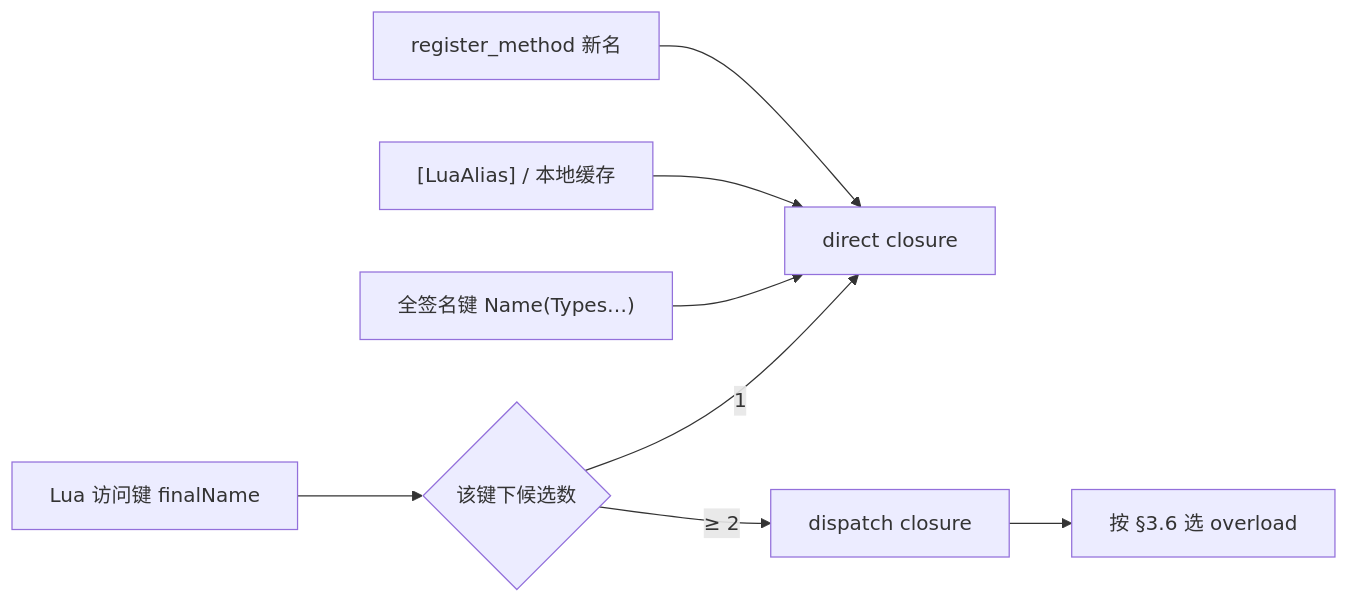
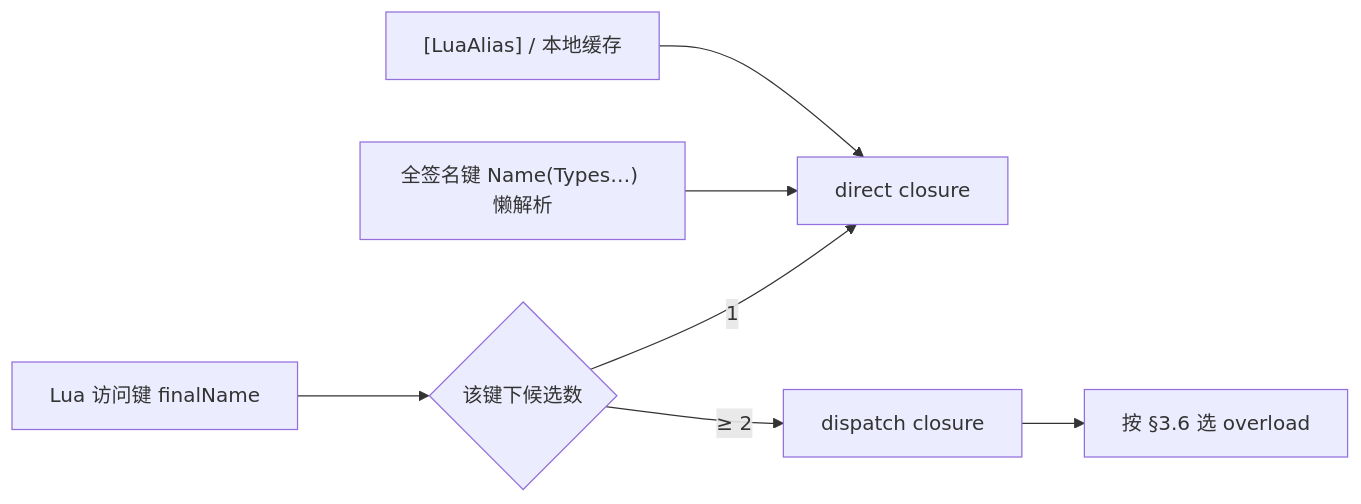
One commit to focus-creative-games/zlua-doc changed the diagram in docs/spec/04-METHOD-OVERLOAD.md. Above: the diagram before and after it, drawn with Mermaid. The commit also changed other lines of this file and 59 other files, not shown here.

Commit message:
doc: remove zlua.make_generic_method/register_method, add LuaMarshalType.ActualTypeUserData

````diff
--- a/docs/spec/04-METHOD-OVERLOAD.md
+++ b/docs/spec/04-METHOD-OVERLOAD.md
@@ -28,10 +28,9 @@
 ```mermaid
 flowchart LR
     A["Lua 访问键 finalName"] --> B{该键下候选数}
     B -->|1| C["direct closure"]
     B -->|≥ 2| E["dispatch closure"]
     E --> F["按 §3.6 选 overload"]
-    S["全签名键 Name(Types…)"] --> C
+    S["全签名键 Name(Types…) 懒解析"] --> C
     G["[LuaAlias] / 本地缓存"] --> C
-    H["register_method 新名"] --> C
 ```
````
